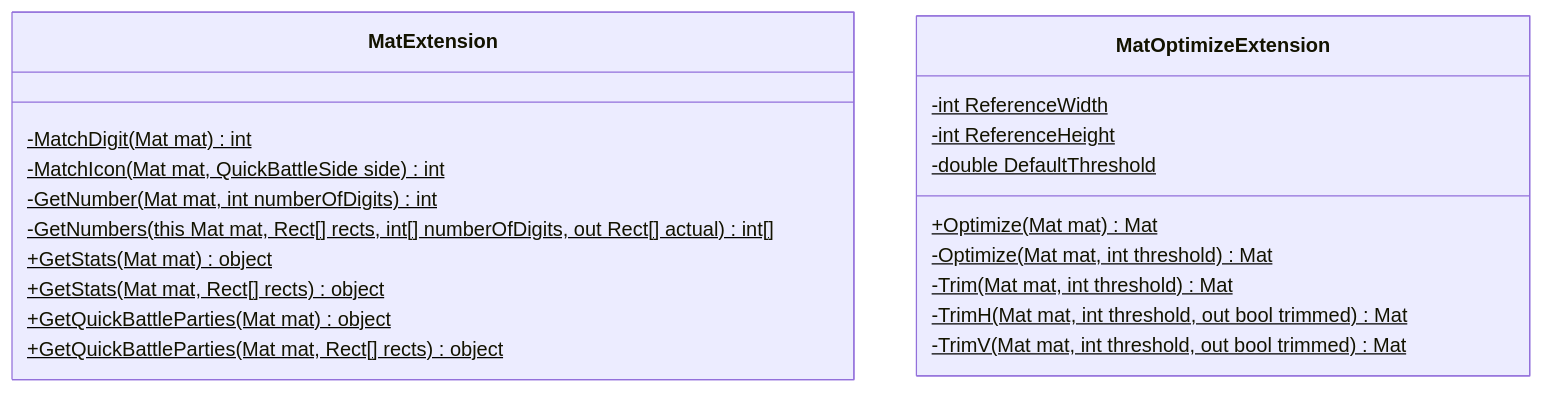
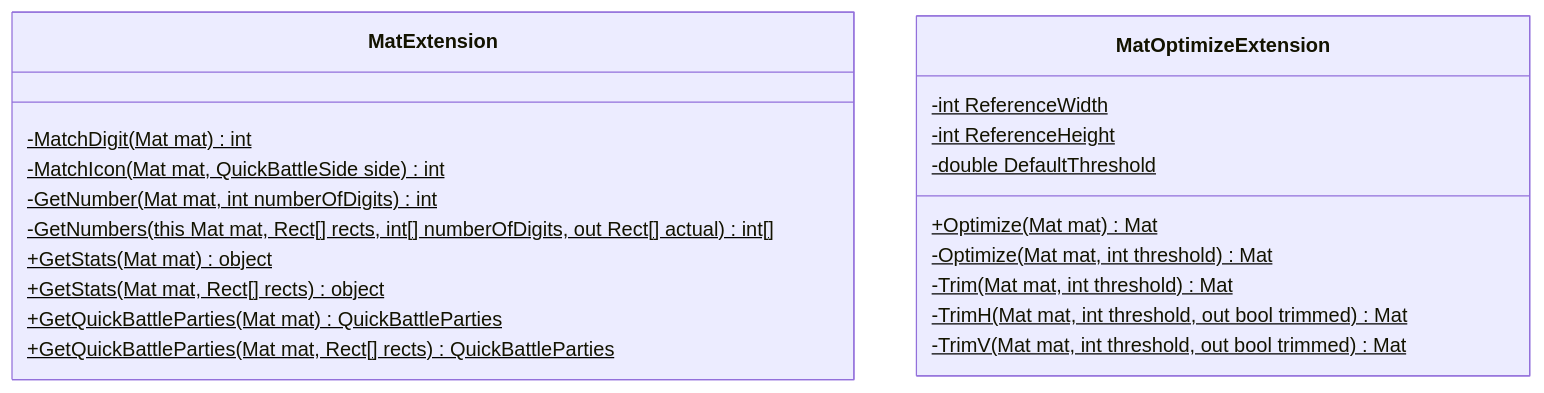
Before and after one commit to U-1F992/PokemonXDImageLibrary: the first of 2 diagrams in README.md, drawn with Mermaid. The commit also changed other lines of this file and 1 other file, not shown here.

````diff
--- a/README.md
+++ b/README.md
@@ -16,24 +16,24 @@
 ```mermaid
 classDiagram
     class MatExtension {
         -MatchDigit(Mat mat)$ int
         -MatchIcon(Mat mat, QuickBattleSide side)$ int
         -GetNumber(Mat mat, int numberOfDigits)$ int
         -GetNumbers(this Mat mat, Rect[] rects, int[] numberOfDigits, out Rect[] actual)$ int[]
         +GetStats(Mat mat)$ object
         +GetStats(Mat mat, Rect[] rects)$ object
-        +GetQuickBattleParties(Mat mat)$ object
-        +GetQuickBattleParties(Mat mat, Rect[] rects)$ object
+        +GetQuickBattleParties(Mat mat)$ QuickBattleParties
+        +GetQuickBattleParties(Mat mat, Rect[] rects)$ QuickBattleParties
     }
     class MatOptimizeExtension {
         -int ReferenceWidth$
         -int ReferenceHeight$
         -double DefaultThreshold$
 
         +Optimize(Mat mat)$ Mat
         -Optimize(Mat mat, int threshold)$ Mat
         -Trim(Mat mat, int threshold)$ Mat
         -TrimH(Mat mat, int threshold, out bool trimmed)$ Mat
         -TrimV(Mat mat, int threshold, out bool trimmed)$ Mat
     }
 ```
````
